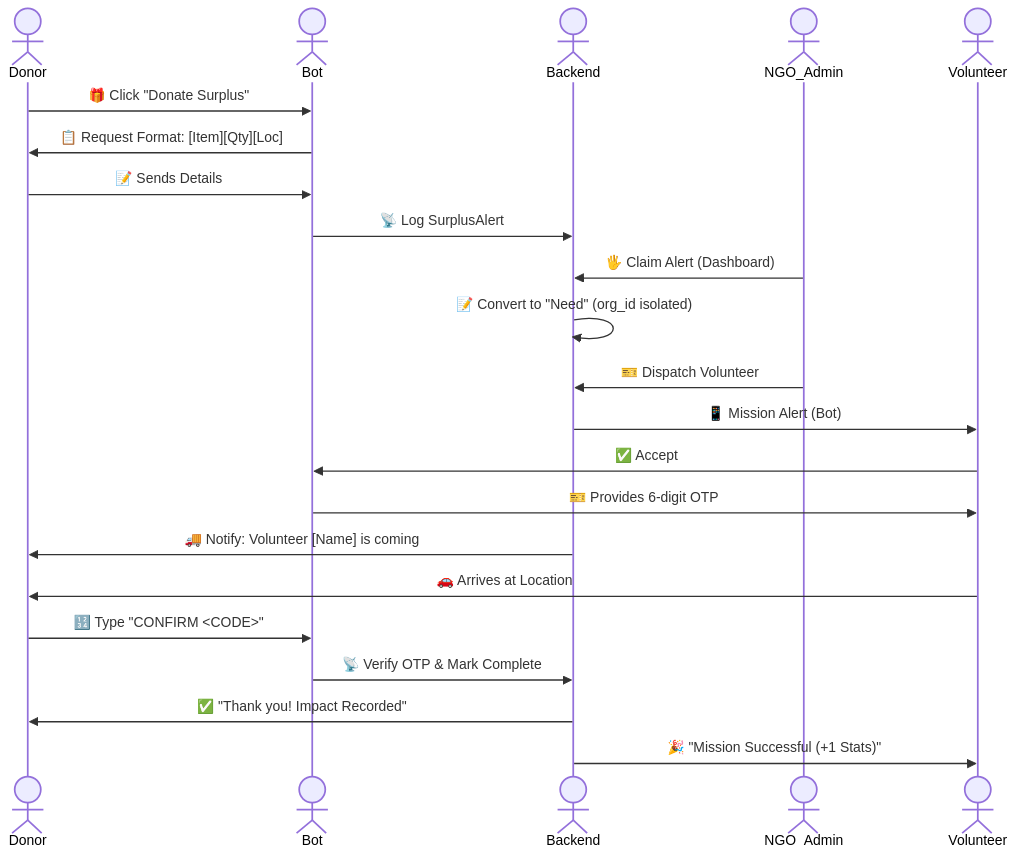
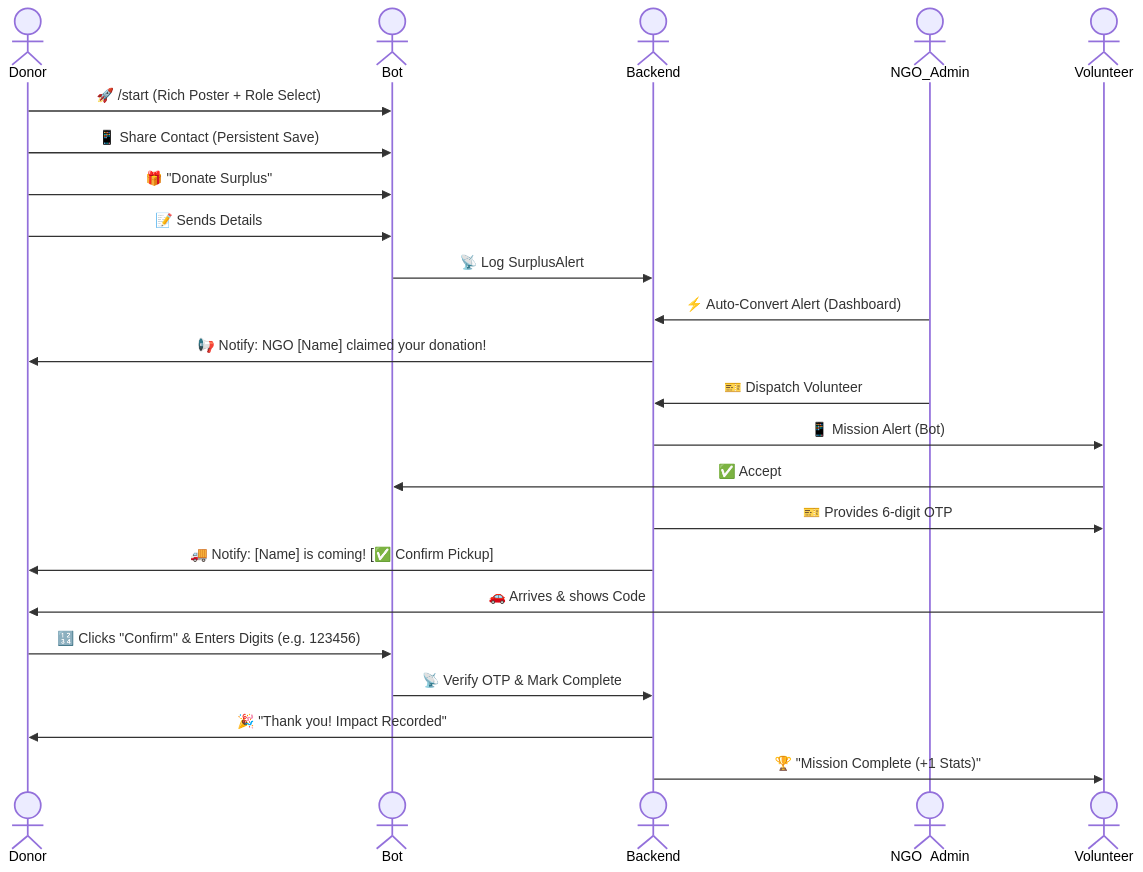
One commit to bibhav1108/backend changed the second of 5 diagrams in docs/operational_workflows.md. Above: the diagram before and after it, drawn with Mermaid. The commit also changed other lines of this file, not shown here.

Commit message:
docs: update operational workflows to v1.7

````diff
--- a/docs/operational_workflows.md
+++ b/docs/operational_workflows.md
@@ -68,29 +68,29 @@
 ```mermaid
 sequenceDiagram
     actor Donor
     actor Bot
     actor Backend
     actor NGO_Admin
     actor Volunteer
 
-    Donor->>Bot: 🎁 Click "Donate Surplus"
-    Bot->>Donor: 📋 Request Format: [Item][Qty][Loc]
+    Donor->>Bot: 🚀 /start (Rich Poster + Role Select)
+    Donor->>Bot: 📱 Share Contact (Persistent Save)
+    Donor->>Bot: 🎁 "Donate Surplus"
     Donor->>Bot: 📝 Sends Details
     Bot->>Backend: 📡 Log SurplusAlert
     
-    NGO_Admin->>Backend: 🖐️ Claim Alert (Dashboard)
-    Backend->>Backend: 📝 Convert to "Need" (org_id isolated)
+    NGO_Admin->>Backend: ⚡ Auto-Convert Alert (Dashboard)
+    Backend->>Donor: 📢 Notify: NGO [Name] claimed your donation!
     
     NGO_Admin->>Backend: 🎫 Dispatch Volunteer
     Backend->>Volunteer: 📱 Mission Alert (Bot)
     Volunteer->>Bot: ✅ Accept
-    Bot->>Volunteer: 🎫 Provides 6-digit OTP
+    Backend->>Volunteer: 🎫 Provides 6-digit OTP
+    Backend->>Donor: 🚚 Notify: [Name] is coming! [✅ Confirm Pickup]
     
-    Backend->>Donor: 🚚 Notify: Volunteer [Name] is coming
-    Volunteer->>Donor: 🚗 Arrives at Location
-    
-    Donor->>Bot: 🔢 Type "CONFIRM <CODE>"
+    Volunteer->>Donor: 🚗 Arrives & shows Code
+    Donor->>Bot: 🔢 Clicks "Confirm" & Enters Digits (e.g. 123456)
     Bot->>Backend: 📡 Verify OTP & Mark Complete
-    Backend->>Donor: ✅ "Thank you! Impact Recorded"
-    Backend->>Volunteer: 🎉 "Mission Successful (+1 Stats)"
+    Backend->>Donor: 🎉 "Thank you! Impact Recorded"
+    Backend->>Volunteer: 🏆 "Mission Complete (+1 Stats)"
 ```
````
